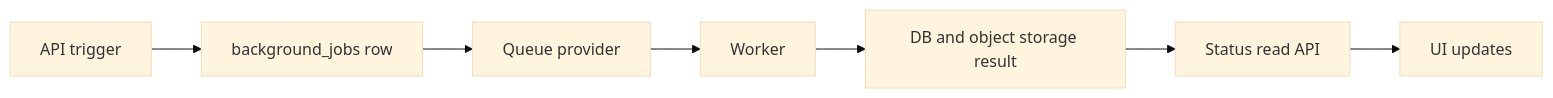
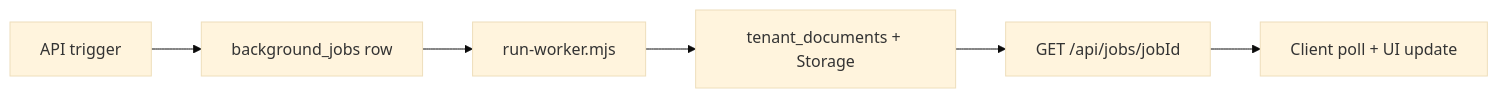
Before and after one commit to jkinman/workcraft: the third of 3 diagrams in docs/HOSTED_VERCEL_READINESS.md, drawn with Mermaid (base theme). The commit also changed other lines of this file and 10 other files, not shown here.

````diff
--- a/docs/HOSTED_VERCEL_READINESS.md
+++ b/docs/HOSTED_VERCEL_READINESS.md
@@ -225,9 +227,8 @@
 ```mermaid
 flowchart LR
   ApiTrigger["API trigger"] --> JobRow["background_jobs row"]
-  JobRow --> Queue["Queue provider"]
-  Queue --> Worker["Worker"]
-  Worker --> ResultData["DB and object storage result"]
-  ResultData --> StatusApi["Status read API"]
-  StatusApi --> UI["UI updates"]
+  JobRow --> Worker["run-worker.mjs"]
+  Worker --> ResultData["tenant_documents + Storage"]
+  ResultData --> PollApi["GET /api/jobs/jobId"]
+  PollApi --> UI["Client poll + UI update"]
 ```
````
